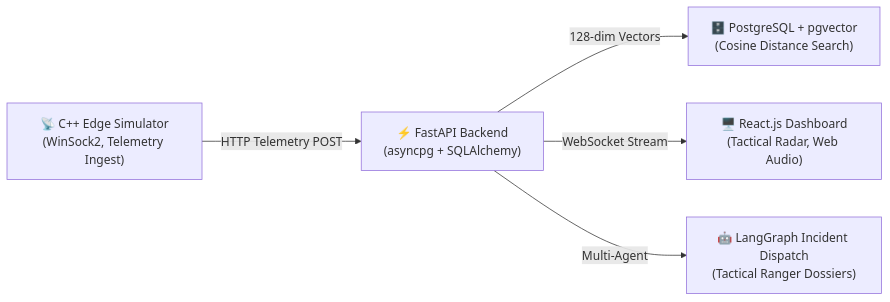
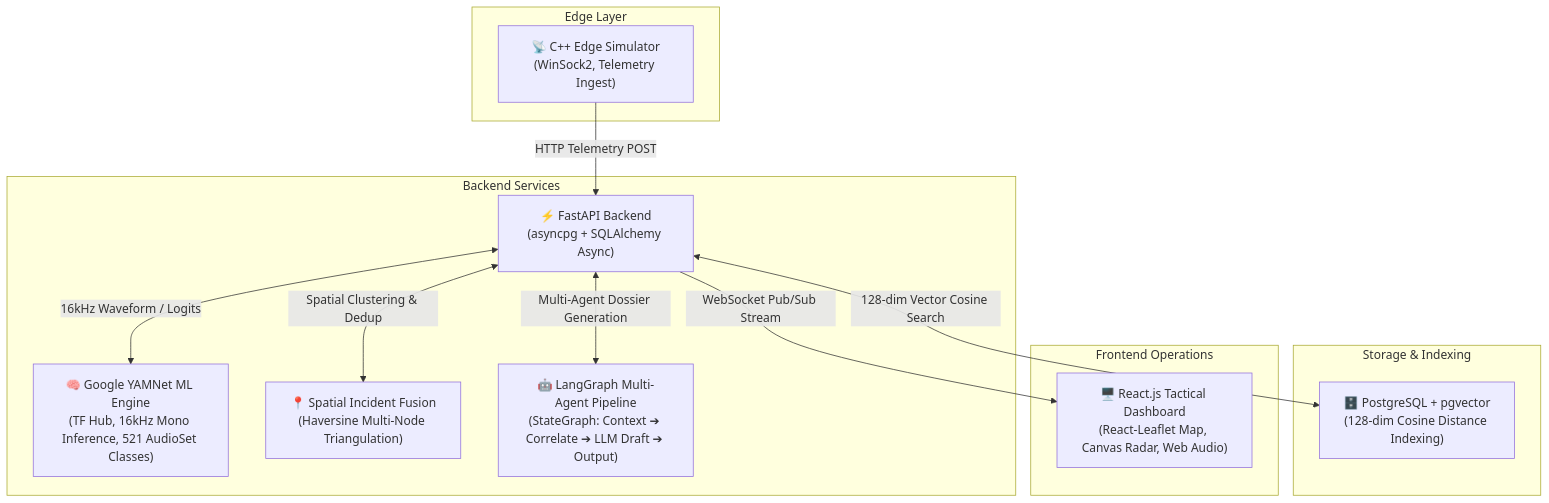
One commit to 2024A1R032/Echo-Guard changed the diagram in README.md. Above: the diagram before and after it, drawn with Mermaid. The commit also changed other lines of this file and 37 other files, not shown here.

````diff
--- a/README.md
+++ b/README.md
@@ -9,7 +9,28 @@
 ```mermaid
-flowchart LR
-    A["📡 C++ Edge Simulator\n(WinSock2, Telemetry Ingest)"] -->|HTTP Telemetry POST| B["⚡ FastAPI Backend\n(asyncpg + SQLAlchemy)"]
-    B -->|128-dim Vectors| C["🗄️ PostgreSQL + pgvector\n(Cosine Distance Search)"]
-    B -->|WebSocket Stream| D["🖥️ React.js Dashboard\n(Tactical Radar, Web Audio)"]
-    B -->|Multi-Agent| E["🤖 LangGraph Incident Dispatch\n(Tactical Ranger Dossiers)"]
+flowchart TD
+    subgraph Edge Layer
+        A["📡 C++ Edge Simulator\n(WinSock2, Telemetry Ingest)"]
+    end
+
+    subgraph Backend Services
+        B["⚡ FastAPI Backend\n(asyncpg + SQLAlchemy Async)"]
+        Y["🧠 Google YAMNet ML Engine\n(TF Hub, 16kHz Mono Inference, 521 AudioSet Classes)"]
+        F["📍 Spatial Incident Fusion\n(Haversine Multi-Node Triangulation)"]
+        L["🤖 LangGraph Multi-Agent Pipeline\n(StateGraph: Context ➔ Correlate ➔ LLM Draft ➔ Output)"]
+    end
+
+    subgraph Storage & Indexing
+        C["🗄️ PostgreSQL + pgvector\n(128-dim Cosine Distance Indexing)"]
+    end
+
+    subgraph Frontend Operations
+        D["🖥️ React.js Tactical Dashboard\n(React-Leaflet Map, Canvas Radar, Web Audio)"]
+    end
+
+    A -->|HTTP Telemetry POST| B
+    B <-->|16kHz Waveform / Logits| Y
+    B <-->|Spatial Clustering & Dedup| F
+    B <-->|Multi-Agent Dossier Generation| L
+    B <-->|128-dim Vector Cosine Search| C
+    B -->|WebSocket Pub/Sub Stream| D
 ```
````
